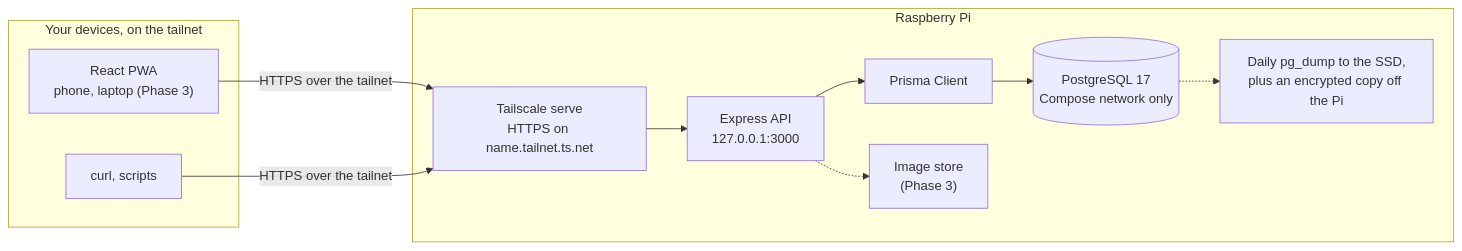
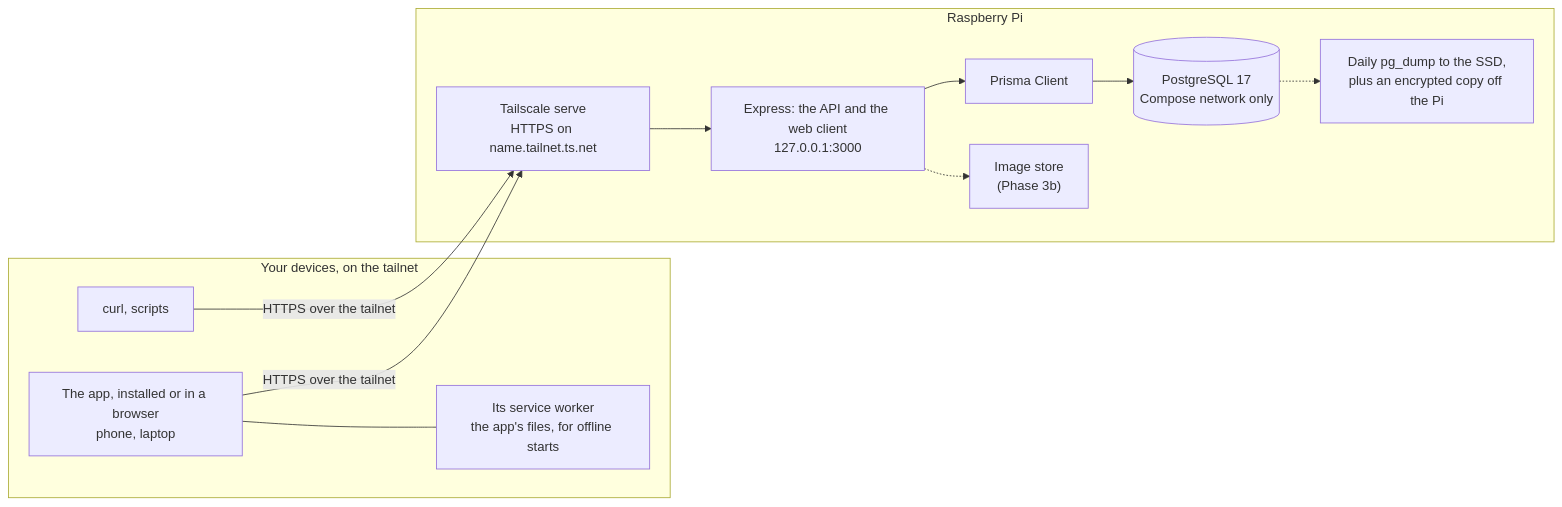
The second of 2 diagrams in docs/architecture.md (A-W-Coding/mise-en-place), drawn with Mermaid before and after one commit. The commit also changed other lines of this file and 4 other files, not shown here.

Commit message:
Step 14: deploy, phone check and docs; Phase 3a done, D15 opened

````diff
--- a/docs/architecture.md
+++ b/docs/architecture.md
@@ -33,23 +41,25 @@
 ```mermaid
 flowchart LR
     subgraph devices["Your devices, on the tailnet"]
-        pwa["React PWA<br/>phone, laptop (Phase 3)"]
+        pwa["The app, installed or in a browser<br/>phone, laptop"]
+        sw["Its service worker<br/>the app's files, for offline starts"]
         shell["curl, scripts"]
     end
 
     subgraph pi["Raspberry Pi"]
         serve["Tailscale serve<br/>HTTPS on name.tailnet.ts.net"]
-        api["Express API<br/>127.0.0.1:3000"]
+        api["Express: the API and the web client<br/>127.0.0.1:3000"]
         prisma["Prisma Client"]
         db[("PostgreSQL 17<br/>Compose network only")]
-        images["Image store<br/>(Phase 3)"]
+        images["Image store<br/>(Phase 3b)"]
         backups["Daily pg_dump to the SSD,<br/>plus an encrypted copy off the Pi"]
     end
 
+    pwa --- sw
     pwa -->|HTTPS over the tailnet| serve
     shell -->|HTTPS over the tailnet| serve
     serve --> api
     api --> prisma --> db
     api -.-> images
     db -.-> backups
 ```
````
